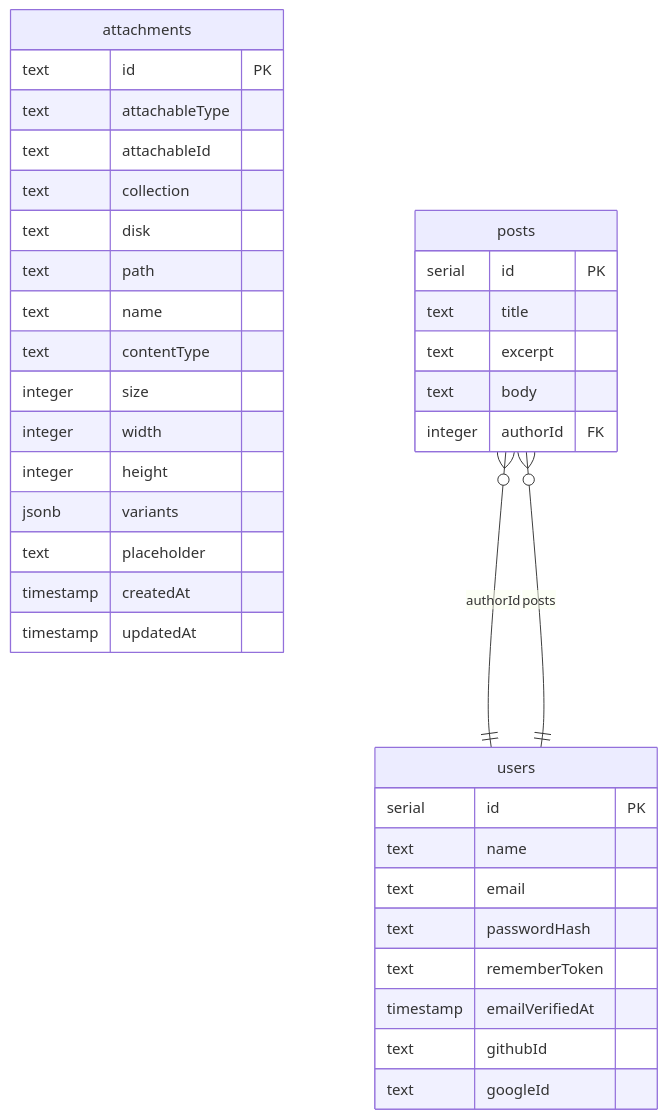
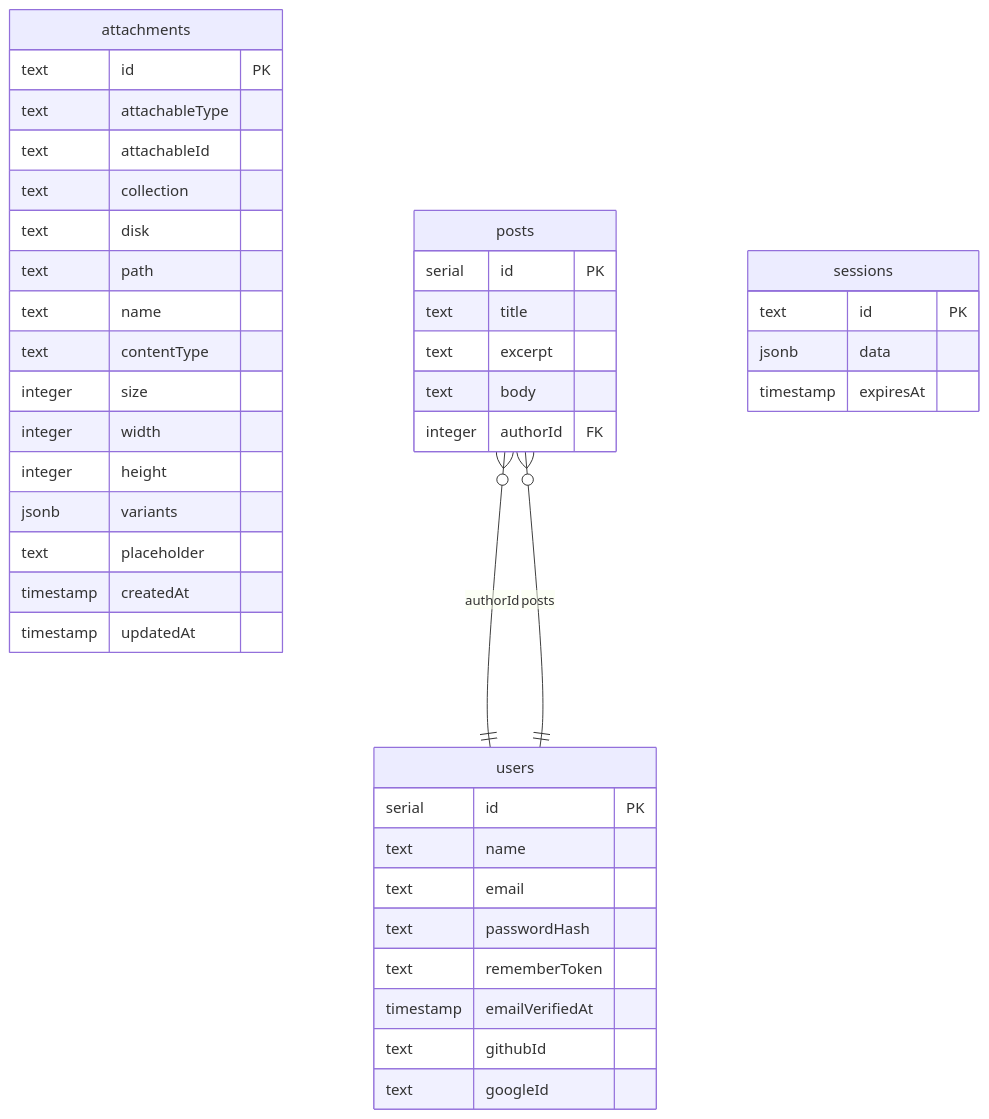
The diagram in examples/blog/docs/spec/er.md (gurenjs/guren), drawn with Mermaid before and after one commit. The commit also changed other lines of this file, not shown here.

First line of the commit message:
docs(examples): regenerate the blog spec views for the sessions table

````diff
--- a/examples/blog/docs/spec/er.md
+++ b/examples/blog/docs/spec/er.md
@@ -16,39 +16,44 @@
 ```mermaid
 erDiagram
   attachments {
     text id PK
     text attachableType
     text attachableId
     text collection
     text disk
     text path
     text name
     text contentType
     integer size
     integer width
     integer height
     jsonb variants
     text placeholder
     timestamp createdAt
     timestamp updatedAt
   }
   posts {
     serial id PK
     text title
     text excerpt
     text body
     integer authorId FK
   }
+  sessions {
+    text id PK
+    jsonb data
+    timestamp expiresAt
+  }
   users {
     serial id PK
     text name
     text email
     text passwordHash
     text rememberToken
     timestamp emailVerifiedAt
     text githubId
     text googleId
   }
   posts }o--|| users : authorId
   users ||--o{ posts : posts
 ```
````
